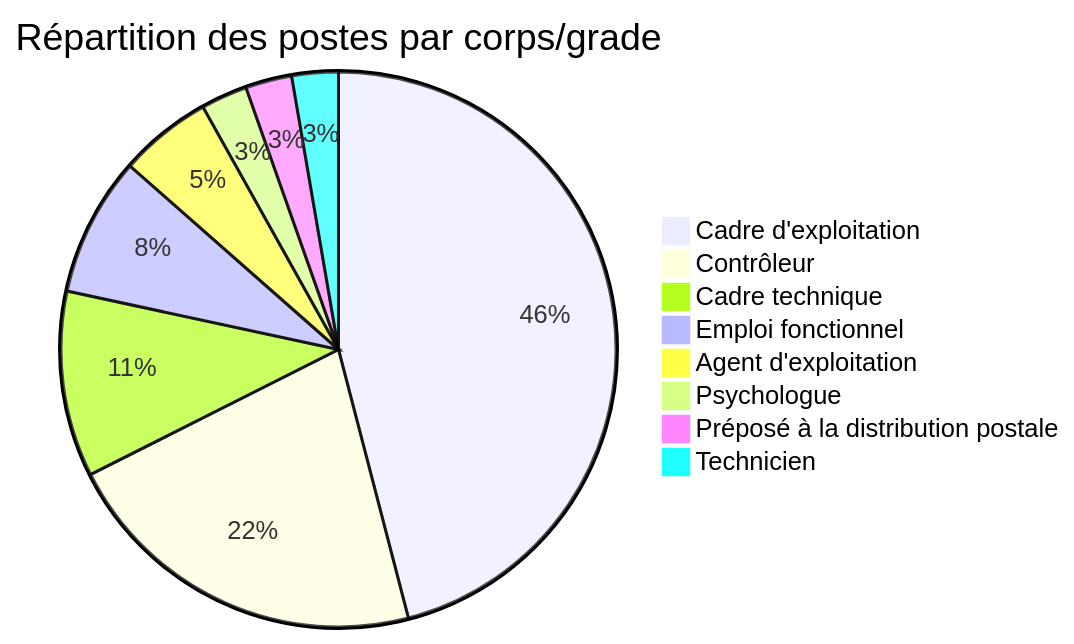
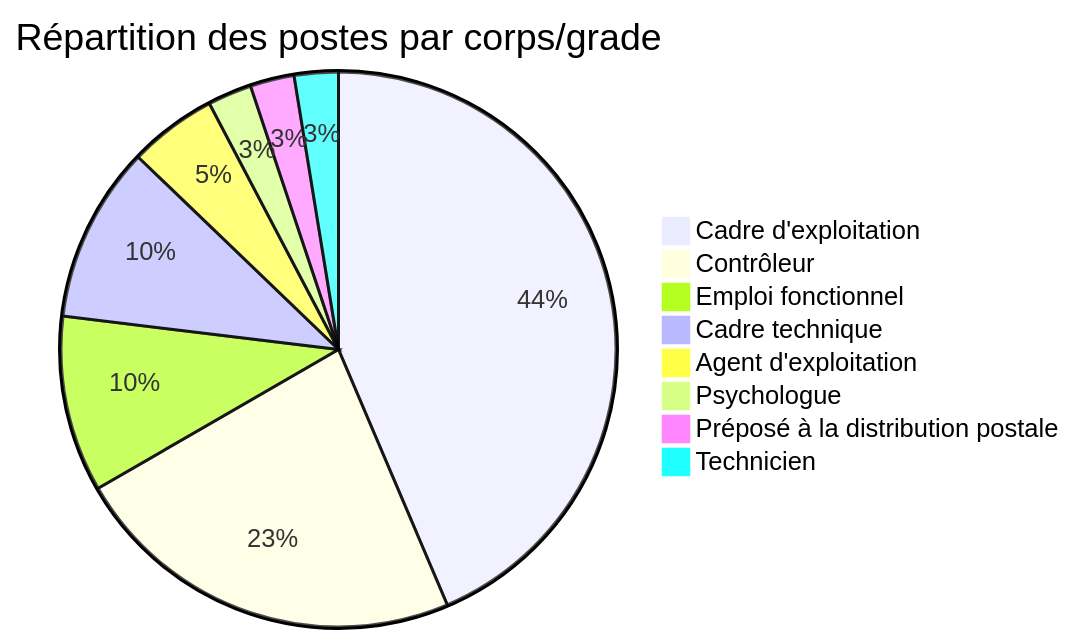
One commit to opt-nc/avps changed the diagram in data/index.md. Above: the diagram before and after it, drawn with Mermaid. The commit also changed other lines of this file and 10 other files, not shown here.

````diff
--- a/data/index.md
+++ b/data/index.md
@@ -13,11 +13,11 @@
 ```mermaid
 pie title Répartition des postes par corps/grade
     "Cadre d'exploitation" : 17
-    "Contrôleur" : 8
+    "Contrôleur" : 9
+    "Emploi fonctionnel" : 4
     "Cadre technique" : 4
-    "Emploi fonctionnel" : 3
     "Agent d'exploitation" : 2
     "Psychologue" : 1
     "Préposé à la distribution postale" : 1
     "Technicien" : 1
 ```
````
